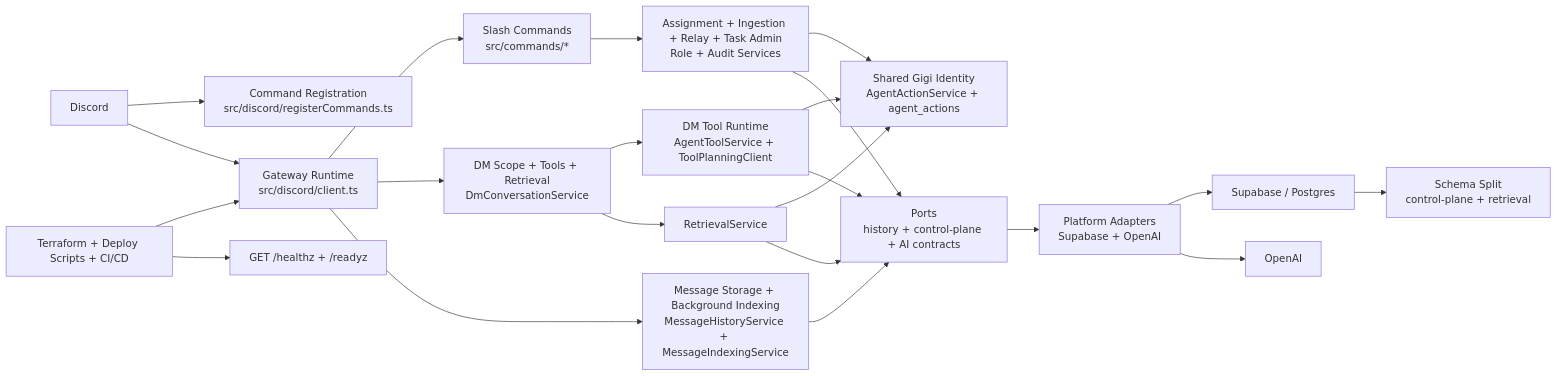
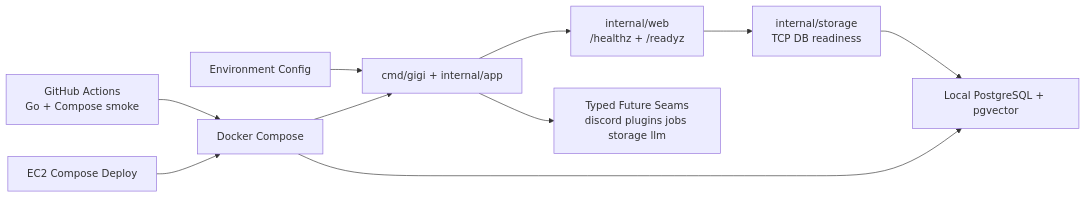
One commit to gOps132/GigiDC changed the diagram in docs/diagrams/system-overview.md. Above: the diagram before and after it, drawn with Mermaid. The commit also changed other lines of this file and 26 other files, not shown here.

````diff
--- a/docs/diagrams/system-overview.md
+++ b/docs/diagrams/system-overview.md
@@ -10,41 +10,22 @@
 ```mermaid
 flowchart LR
-  Discord["Discord"]
-  Register["Command Registration<br/>src/discord/registerCommands.ts"]
-  Gateway["Gateway Runtime<br/>src/discord/client.ts"]
-  Commands["Slash Commands<br/>src/commands/*"]
-  DMFlow["DM Scope + Tools + Retrieval<br/>DmConversationService"]
-  ToolRuntime["DM Tool Runtime<br/>AgentToolService + ToolPlanningClient"]
-  Retrieval["RetrievalService"]
-  History["Message Storage + Background Indexing<br/>MessageHistoryService + MessageIndexingService"]
-  SharedIdentity["Shared Gigi Identity<br/>AgentActionService + agent_actions"]
-  Admin["Assignment + Ingestion + Relay + Task Admin<br/>Role + Audit Services"]
-  Ports["Ports<br/>history + control-plane + AI contracts"]
-  Adapters["Platform Adapters<br/>Supabase + OpenAI"]
-  DB["Supabase / Postgres"]
-  Schema["Schema Split<br/>control-plane + retrieval"]
-  Ops["Terraform + Deploy Scripts + CI/CD"]
-  Health["GET /healthz + /readyz"]
+  Env["Environment Config"]
+  App["cmd/gigi + internal/app"]
+  Web["internal/web<br/>/healthz + /readyz"]
+  Ready["internal/storage<br/>TCP DB readiness"]
+  DB["Local PostgreSQL + pgvector"]
+  Seams["Typed Future Seams<br/>discord plugins jobs storage llm"]
+  Compose["Docker Compose"]
+  CI["GitHub Actions<br/>Go + Compose smoke"]
+  EC2["EC2 Compose Deploy"]
 
-  Discord --> Register
-  Discord --> Gateway
-  Gateway --> Commands
-  Gateway --> DMFlow
-  DMFlow --> ToolRuntime
-  DMFlow --> Retrieval
-  Gateway --> History
-  ToolRuntime --> SharedIdentity
-  Retrieval --> SharedIdentity
-  Commands --> Admin
-  Admin --> SharedIdentity
-  Admin --> Ports
-  ToolRuntime --> Ports
-  Retrieval --> Ports
-  History --> Ports
-  Ports --> Adapters
-  Adapters --> DB
-  Adapters --> OpenAI["OpenAI"]
-  DB --> Schema
-  Ops --> Gateway
-  Ops --> Health
+  Env --> App
+  App --> Web
+  Web --> Ready
+  Ready --> DB
+  App --> Seams
+  Compose --> App
+  Compose --> DB
+  CI --> Compose
+  EC2 --> Compose
 ```
````
